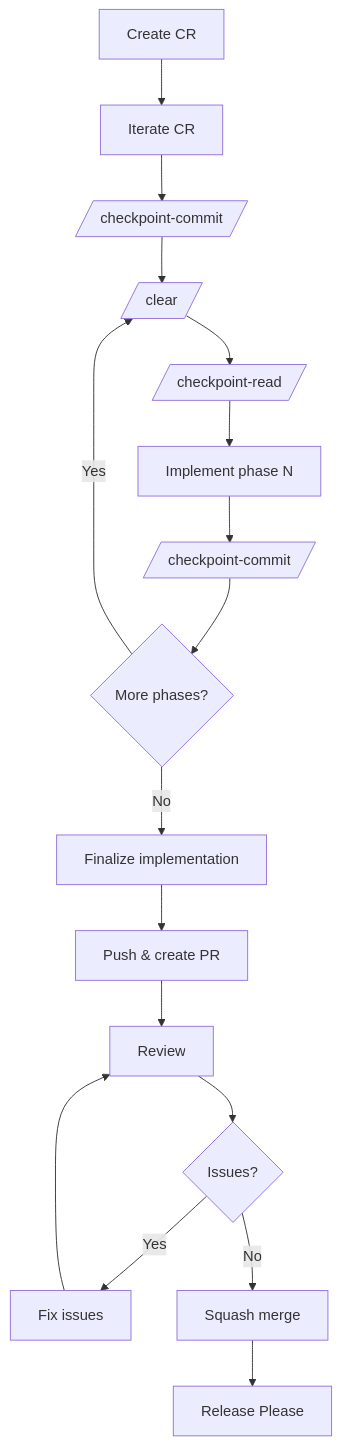
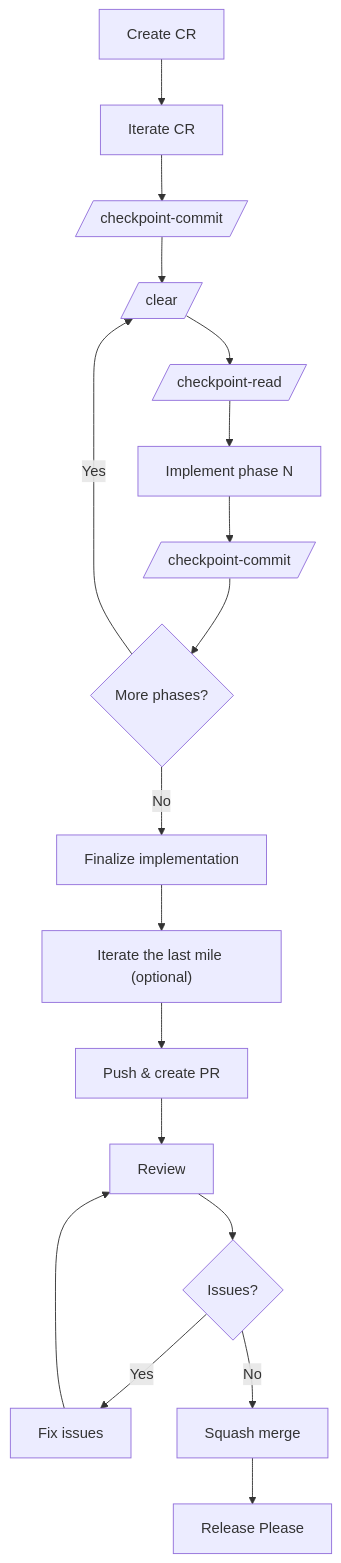
Before and after one commit to desek/governance: the fourth of 4 diagrams in WORKFLOW.md, drawn with Mermaid. The commit also changed other lines of this file and 13 other files, not shown here.

````diff
--- a/WORKFLOW.md
+++ b/WORKFLOW.md
@@ -130,19 +165,20 @@
 ```mermaid
 flowchart TD
     A[Create CR] --> B[Iterate CR]
     B --> C[/checkpoint-commit/]
     C --> D[/clear/]
     D --> E[/checkpoint-read/]
     E --> F["Implement phase N"]
     F --> G[/checkpoint-commit/]
     G --> H{More phases?}
     H -->|Yes| D
     H -->|No| I[Finalize implementation]
-    I --> J[Push & create PR]
+    I --> P["Iterate the last mile (optional)"]
+    P --> J[Push & create PR]
     J --> K[Review]
     K --> L{Issues?}
     L -->|Yes| M[Fix issues]
     M --> K
     L -->|No| N[Squash merge]
     N --> O[Release Please]
 ```
````
